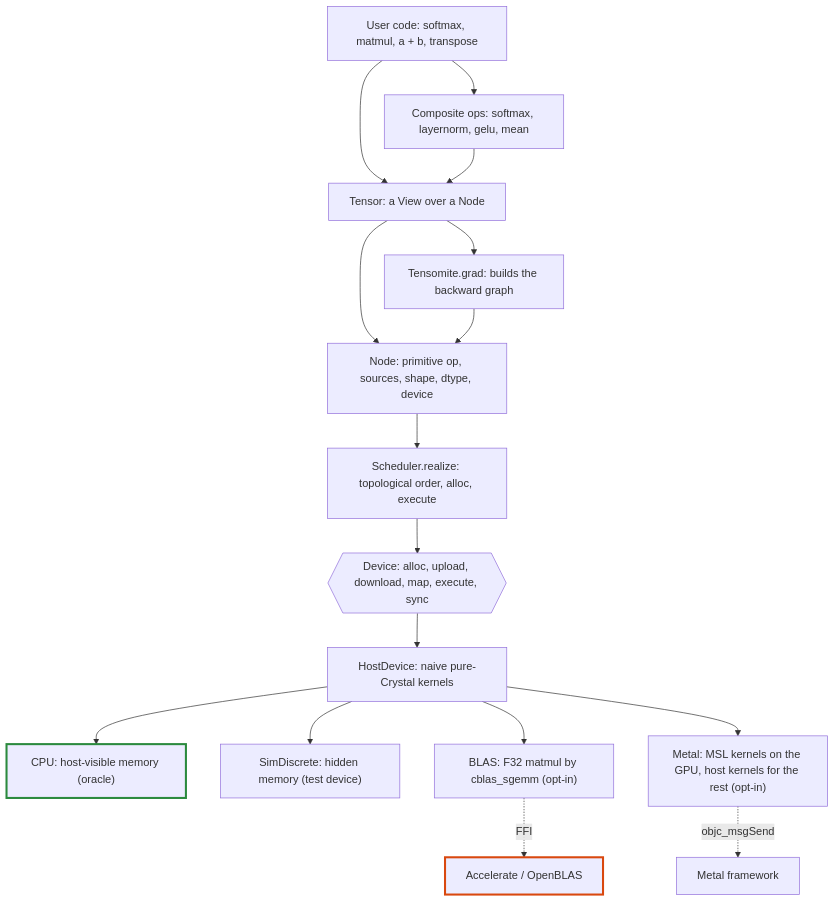
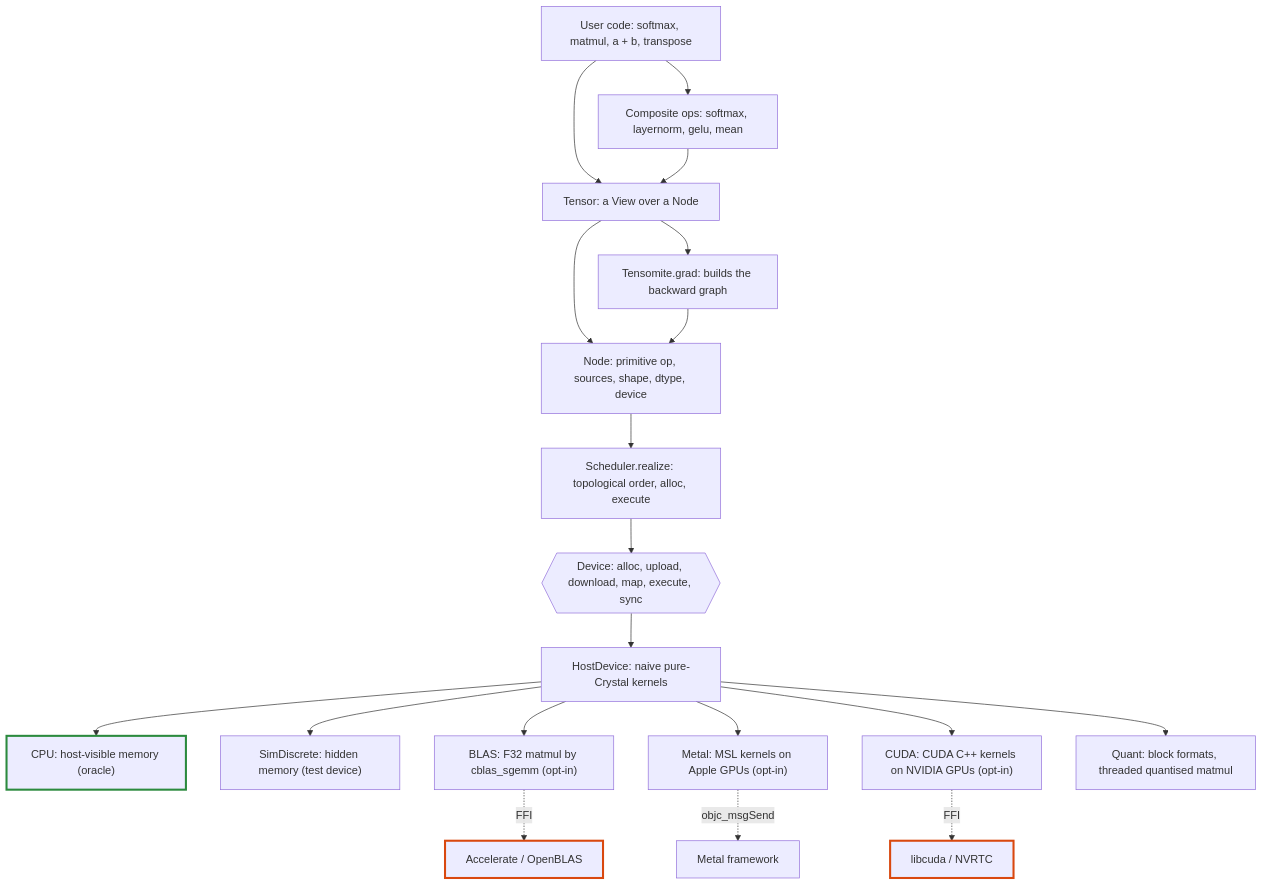
Before and after one commit to nogginly/tensomite.cr: the first of 26 diagrams in DESIGN.md, drawn with Mermaid. The commit also changed other lines of this file and 5 other files, not shown here.

````diff
--- a/DESIGN.md
+++ b/DESIGN.md
@@ -9,20 +9,24 @@
 ```mermaid
 flowchart TD
     User["User code: softmax, matmul, a + b, transpose"] --> Comp["Composite ops: softmax, layernorm, gelu, mean"]
     User --> Tensor
     Comp --> Tensor["Tensor: a View over a Node"]
     Tensor --> Node["Node: primitive op, sources, shape, dtype, device"]
     Node --> Sched["Scheduler.realize: topological order, alloc, execute"]
     Tensor --> Grad["Tensomite.grad: builds the backward graph"]
     Grad --> Node
     Sched --> Iface{{"Device: alloc, upload, download, map, execute, sync"}}
     Iface --> Host["HostDevice: naive pure-Crystal kernels"]
     Host --> CPU["CPU: host-visible memory (oracle)"]
     Host --> Sim["SimDiscrete: hidden memory (test device)"]
     Host --> BLAS["BLAS: F32 matmul by cblas_sgemm (opt-in)"]
     BLAS -. "FFI" .-> Lib["Accelerate / OpenBLAS"]
-    Host --> Metal["Metal: MSL kernels on the GPU, host kernels for the rest (opt-in)"]
+    Host --> Metal["Metal: MSL kernels on Apple GPUs (opt-in)"]
     Metal -. "objc_msgSend" .-> MetalFw["Metal framework"]
+    Host --> Cuda["CUDA: CUDA C++ kernels on NVIDIA GPUs (opt-in)"]
+    Cuda -. "FFI" .-> Driver["libcuda / NVRTC"]
+    Host --> Quant["Quant: block formats, threaded quantised matmul"]
     style CPU stroke:#2b8a3e,stroke-width:3px
     style Lib stroke:#d9480f,stroke-width:3px
+    style Driver stroke:#d9480f,stroke-width:3px
 ```
````
